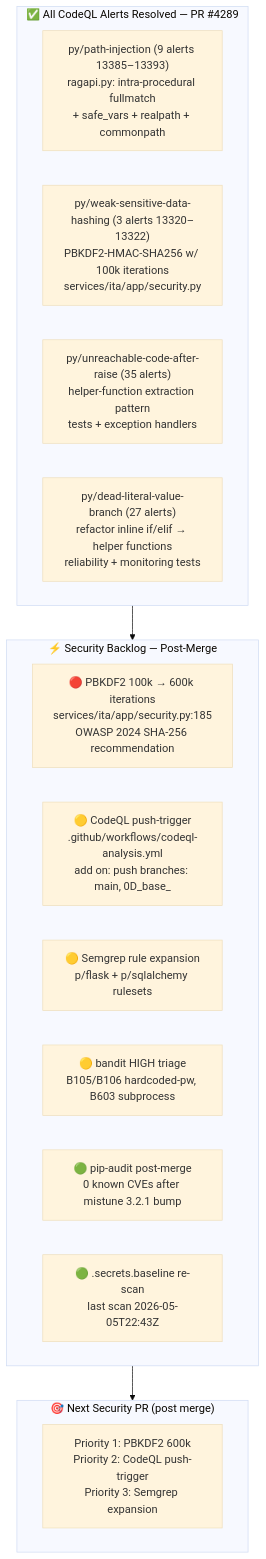
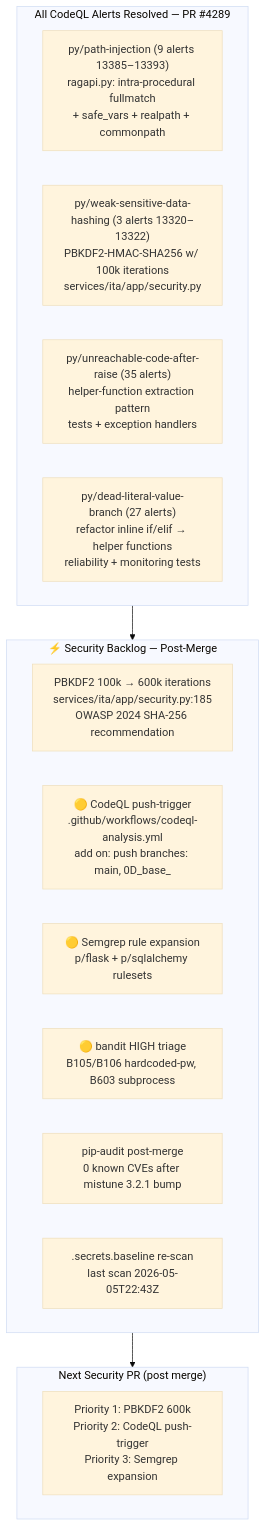
Before and after one commit to Aries-Serpent/_codex_: the ninth of 26 diagrams in docs/sessions/PR4317_session_diagram.md, drawn with Mermaid (base theme). The commit also changed other lines of this file and 2029 other files, not shown here.

````diff
--- a/docs/sessions/PR4317_session_diagram.md
+++ b/docs/sessions/PR4317_session_diagram.md
@@ -257,26 +259,26 @@
 ```mermaid
-%%{init: {'accessibility': {'title': 'Flowchart showing "✅ All CodeQL Alerts Resolved — PR #4289", "py/path-injection (9 alerts 13385–13393)\nragapi.py: intra-procedural fullmatch\n+ safe_vars + realpath + commonpath"'}}%%
+%%{init: {'accessibility': {'title': 'Flowchart showing " All CodeQL Alerts Resolved — PR #4289", "py/path-injection (9 alerts 13385–13393)\nragapi.py: intra-procedural fullmatch\n+ safe_vars + realpath + commonpath"'}}%%
 flowchart TD
-    subgraph RESOLVED["✅ All CodeQL Alerts Resolved — PR #4289"]
+    subgraph RESOLVED[" All CodeQL Alerts Resolved — PR #4289"]
         R1["py/path-injection (9 alerts 13385–13393)\nragapi.py: intra-procedural fullmatch\n+ safe_vars + realpath + commonpath"]
         R2["py/weak-sensitive-data-hashing (3 alerts 13320–13322)\nPBKDF2-HMAC-SHA256 w/ 100k iterations\nservices/ita/app/security.py"]
         R3["py/unreachable-code-after-raise (35 alerts)\nhelper-function extraction pattern\ntests + exception handlers"]
         R4["py/dead-literal-value-branch (27 alerts)\nrefactor inline if/elif → helper functions\nreliability + monitoring tests"]
     end
 
     subgraph BACKLOG["⚡ Security Backlog — Post-Merge"]
-        B1["🔴 PBKDF2 100k → 600k iterations\nservices/ita/app/security.py:185\nOWASP 2024 SHA-256 recommendation"]
+        B1[" PBKDF2 100k → 600k iterations\nservices/ita/app/security.py:185\nOWASP 2024 SHA-256 recommendation"]
         B2["🟡 CodeQL push-trigger\n.github/workflows/codeql-analysis.yml\nadd on: push branches: main, 0D_base_"]
         B3["🟡 Semgrep rule expansion\np/flask + p/sqlalchemy rulesets"]
         B4["🟡 bandit HIGH triage\nB105/B106 hardcoded-pw, B603 subprocess"]
-        B5["🟢 pip-audit post-merge\n0 known CVEs after mistune 3.2.1 bump"]
-        B6["🟢 .secrets.baseline re-scan\nlast scan 2026-05-05T22:43Z"]
+        B5[" pip-audit post-merge\n0 known CVEs after mistune 3.2.1 bump"]
+        B6[" .secrets.baseline re-scan\nlast scan 2026-05-05T22:43Z"]
     end
 
-    subgraph NEXT["🎯 Next Security PR (post merge)"]
+    subgraph NEXT[" Next Security PR (post merge)"]
         N1["Priority 1: PBKDF2 600k\nPriority 2: CodeQL push-trigger\nPriority 3: Semgrep expansion"]
     end
 
     RESOLVED --> BACKLOG
     BACKLOG --> NEXT
 ```
````
